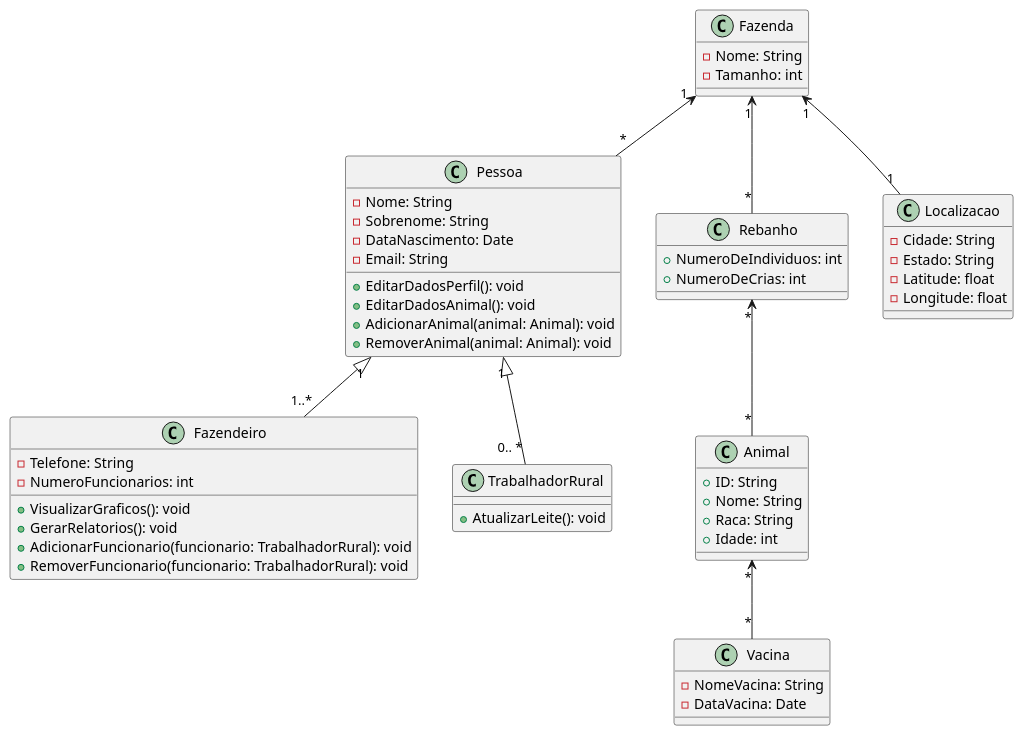
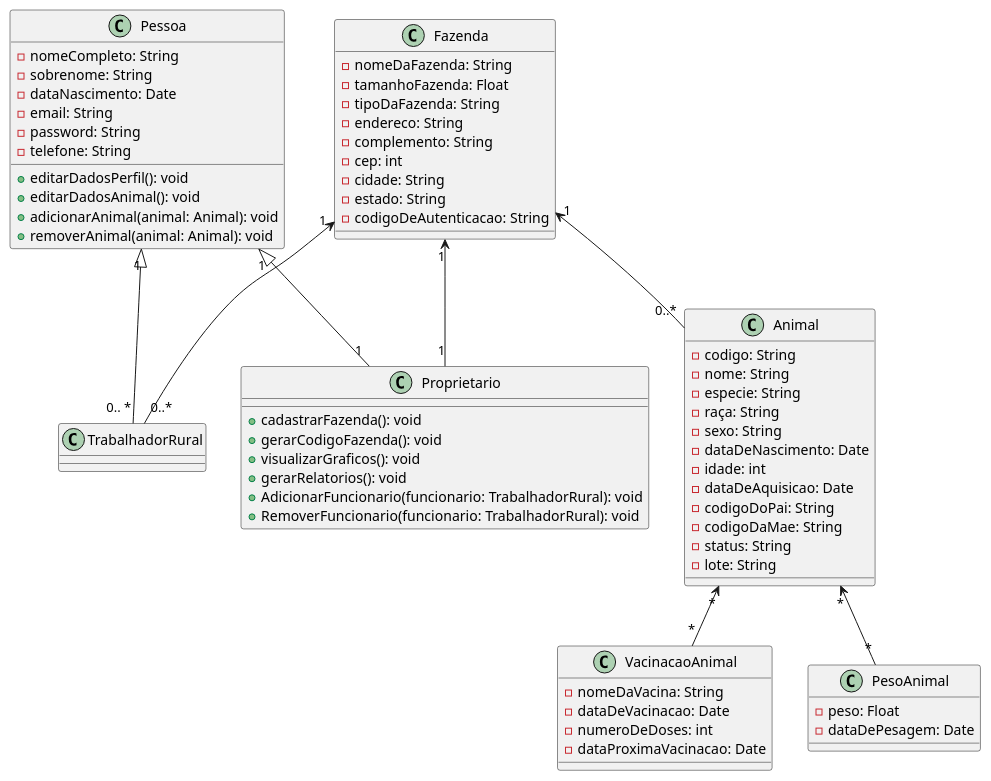
The diagram in DiagramasUML/Classes.puml (pedroaugusto99/ms_20242_g6), drawn with PlantUML before and after one commit. The commit also changed 2 other files, not shown here.

Commit message:
Atualização de Diagrama de Classes

```diff
--- a/DiagramasUML/Classes.puml
+++ b/DiagramasUML/Classes.puml
@@ -1,66 +1,77 @@
 @startuml
 class Pessoa {
-    -Nome: String
-    -Sobrenome: String
-    -DataNascimento: Date
-    -Email: String
+    -nomeCompleto: String
+    -sobrenome: String
+    -dataNascimento: Date
+    -email: String
+    -password: String
+    -telefone: String
     
-    +EditarDadosPerfil(): void
-    +EditarDadosAnimal(): void
-    +AdicionarAnimal(animal: Animal): void
-    +RemoverAnimal(animal: Animal): void
+    +editarDadosPerfil(): void
+    +editarDadosAnimal(): void
+    +adicionarAnimal(animal: Animal): void
+    +removerAnimal(animal: Animal): void
 }
 
-class Fazendeiro {
-    -Telefone: String
-    -NumeroFuncionarios: int
-
-    +VisualizarGraficos(): void
-    +GerarRelatorios(): void
+class Proprietario {
+    +cadastrarFazenda(): void
+    +gerarCodigoFazenda(): void
+    +visualizarGraficos(): void
+    +gerarRelatorios(): void
     +AdicionarFuncionario(funcionario: TrabalhadorRural): void
     +RemoverFuncionario(funcionario: TrabalhadorRural): void
 }
 
 class TrabalhadorRural {
-    +AtualizarLeite(): void
+
 }
 
 class Fazenda {
-    -Nome: String
-    -Tamanho: int
+    -nomeDaFazenda: String
+    -tamanhoFazenda: Float
+    -tipoDaFazenda: String
+    -endereco: String
+    -complemento: String
+    -cep: int
+    -cidade: String
+    -estado: String
+    -codigoDeAutenticacao: String
 }
 
-class Rebanho {
-    +NumeroDeIndividuos: int
-    +NumeroDeCrias: int
+class VacinacaoAnimal {
+    -nomeDaVacina: String
+    -dataDeVacinacao: Date
+    -numeroDeDoses: int
+    -dataProximaVacinacao: Date
 }
 
-class Vacina {
-    -NomeVacina: String
-    -DataVacina: Date
-}
-
-class Localizacao {
-    -Cidade: String
-    -Estado: String
-    -Latitude: float
-    -Longitude: float
-}
-
-class Animal {
-    +ID: String
-    +Nome: String
-    +Raca: String
-    +Idade: int
+class PesoAnimal {
+    -peso: Float
+    -dataDePesagem: Date
 }
 
 
-Fazenda "1" <-- "*" Pessoa
-Fazenda "1" <-- "*" Rebanho
-Animal "*" <-- "*" Vacina
-Fazenda "1" <-- "1" Localizacao
-Rebanho "*" <-- "*" Animal
-Pessoa "1" <|-- "1..*" Fazendeiro
+class Animal {
+    -codigo: String
+    -nome: String
+    -especie: String
+    -raça: String
+    -sexo: String
+    -dataDeNascimento: Date
+    -idade: int
+    -dataDeAquisicao: Date
+    -codigoDoPai: String
+    -codigoDaMae: String
+    -status: String
+    -lote: String
+}
+
+Fazenda "1" <-- "1" Proprietario
+Fazenda "1" <-- "0..*" TrabalhadorRural
+Fazenda "1" <-- "0..*" Animal
+Animal "*" <-- "*" VacinacaoAnimal
+Animal "*" <-- "*" PesoAnimal
+Pessoa "1" <|-- "1" Proprietario
 Pessoa "1" <|-- "0.. *" TrabalhadorRural
 
 @enduml
```
